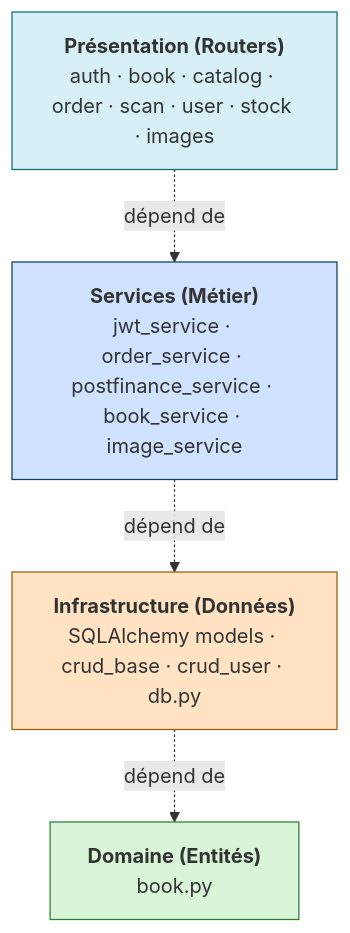
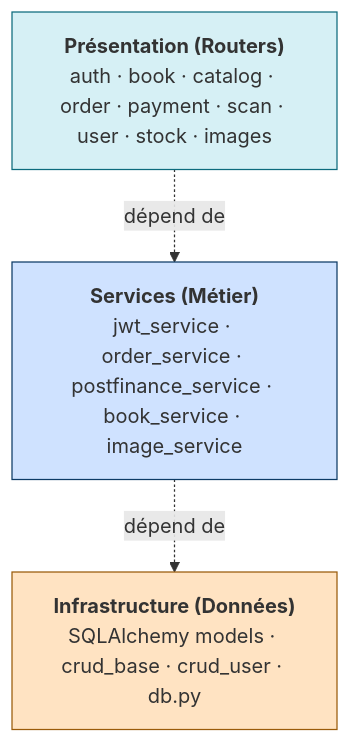
One commit to Visualstudiocodetest/caribooks changed the diagram in diagrams/architecture_couches.mmd. Above: the diagram before and after it, drawn with Mermaid. The commit also changed 47 other files, not shown here.

```diff
--- a/diagrams/architecture_couches.mmd
+++ b/diagrams/architecture_couches.mmd
@@ -1,19 +1,15 @@
 %% Architecture en couches (Clean Architecture) — Backend FastAPI
 flowchart TB
-    pres["<b>Présentation (Routers)</b><br/>auth · book · catalog · order · scan · user · stock · images"]
+    pres["<b>Présentation (Routers)</b><br/>auth · book · catalog · order · payment · scan · user · stock · images"]
     svc["<b>Services (Métier)</b><br/>jwt_service · order_service · postfinance_service · book_service · image_service"]
     infra["<b>Infrastructure (Données)</b><br/>SQLAlchemy models · crud_base · crud_user · db.py"]
-    dom["<b>Domaine (Entités)</b><br/>book.py"]
 
     pres -.->|dépend de| svc
     svc -.->|dépend de| infra
-    infra -.->|dépend de| dom
 
     classDef pres fill:#d6f0f5,stroke:#0d6b7d;
     classDef svc fill:#cfe2ff,stroke:#0d3b66;
     classDef infra fill:#ffe3c2,stroke:#9a5b0a;
-    classDef dom fill:#d8f5d8,stroke:#2e7d32;
     class pres pres;
     class svc svc;
     class infra infra;
-    class dom dom;
```
